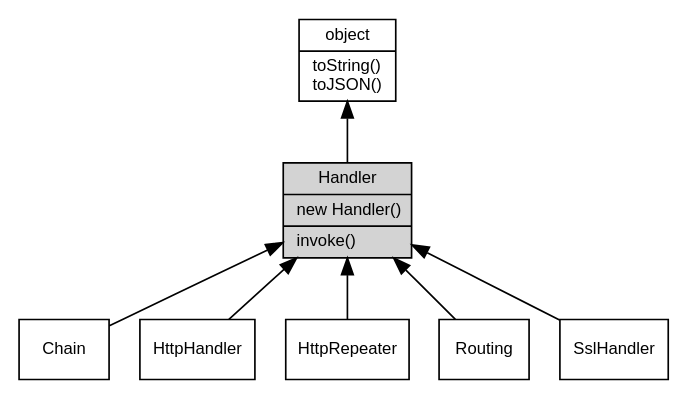
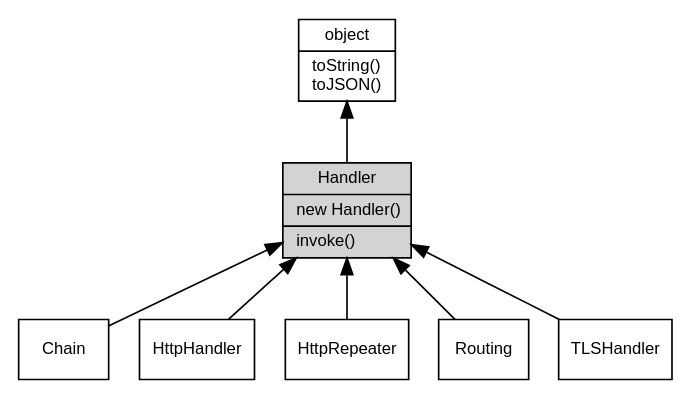
Before and after one commit to fibjs/fibjs.org: the diagram in docs/manual/object/ifs/Handler.md, drawn with Graphviz. The commit also changed 58 other files, not shown here.

````diff
--- a/docs/manual/object/ifs/Handler.md
+++ b/docs/manual/object/ifs/Handler.md
@@ -5,20 +5,20 @@
 ```dot
 digraph {
     node [fontname="Helvetica,sans-Serif", fontsize=10, shape="record", style="filled", fillcolor="white"];
 
     object [tooltip="object", URL="object.md", label="{object|toString()\ltoJSON()\l}"];
     Handler [tooltip="Handler", fillcolor="lightgray", id="me", label="{Handler|new Handler()\l|invoke()\l}"];
     Chain [tooltip="Chain", URL="Chain.md", label="{Chain}"];
     HttpHandler [tooltip="HttpHandler", URL="HttpHandler.md", label="{HttpHandler}"];
     HttpRepeater [tooltip="HttpRepeater", URL="HttpRepeater.md", label="{HttpRepeater}"];
     Routing [tooltip="Routing", URL="Routing.md", label="{Routing}"];
-    SslHandler [tooltip="SslHandler", URL="SslHandler.md", label="{SslHandler}"];
+    TLSHandler [tooltip="TLSHandler", URL="TLSHandler.md", label="{TLSHandler}"];
 
     object -> Handler [dir=back];
     Handler -> Chain [dir=back];
     Handler -> HttpHandler [dir=back];
     Handler -> HttpRepeater [dir=back];
     Handler -> Routing [dir=back];
-    Handler -> SslHandler [dir=back];
+    Handler -> TLSHandler [dir=back];
 }
 ```
````
